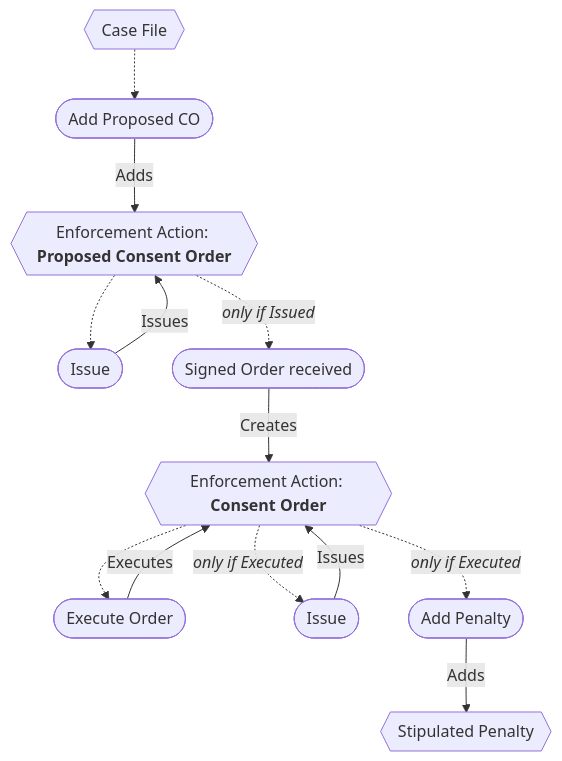
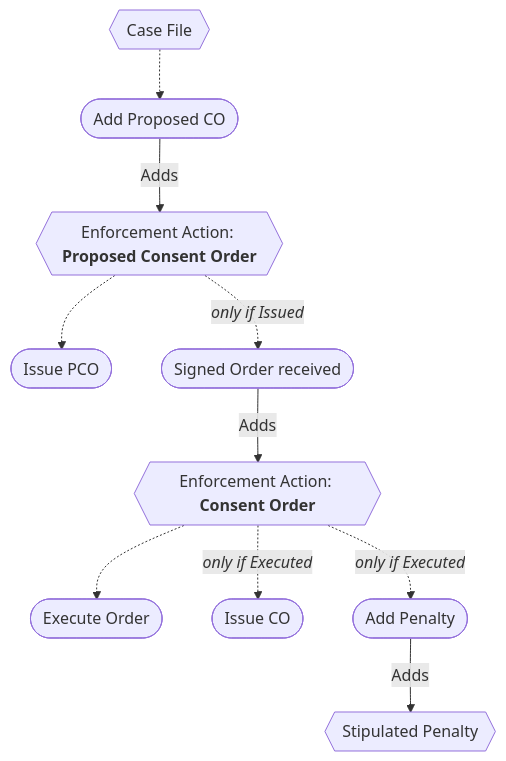
One commit to gaepdit/air-web changed the third of 4 diagrams in docs/Workflows/Enforcement-workflow.md. Above: the diagram before and after it, drawn with Mermaid. The commit also changed other lines of this file, not shown here.

````diff
--- a/docs/Workflows/Enforcement-workflow.md
+++ b/docs/Workflows/Enforcement-workflow.md
@@ -142,26 +150,23 @@
 ```mermaid
 flowchart
     ENF{{Case File}}
     PCO{{"`Enforcement Action: **Proposed Consent Order**`"}}
     CO{{"`Enforcement Action: **Consent Order**`"}}
     STP{{Stipulated Penalty}}
     addPCO([Add Proposed CO])
-    issuePCO([Issue])
+    issuePCO([Issue PCO])
     signed([Signed Order received])
     execute([Execute Order])
-    issueCO([Issue])
+    issueCO([Issue CO])
     penalty([Add Penalty])
     ENF -.-> addPCO
     PCO -.-> issuePCO
     PCO -.->|"`*only if Issued*`"| signed
     CO -.-> execute
     CO -.->|"`*only if Executed*`"| issueCO
     CO -.->|"`*only if Executed*`"| penalty
-    issuePCO -->|Issues| PCO
     addPCO -->|Adds| PCO
-    signed -->|Creates| CO
-    issueCO -->|Issues| CO
+    signed -->|Adds| CO
     penalty -->|Adds| STP
-    execute -->|Executes| CO
 
 ```
````
